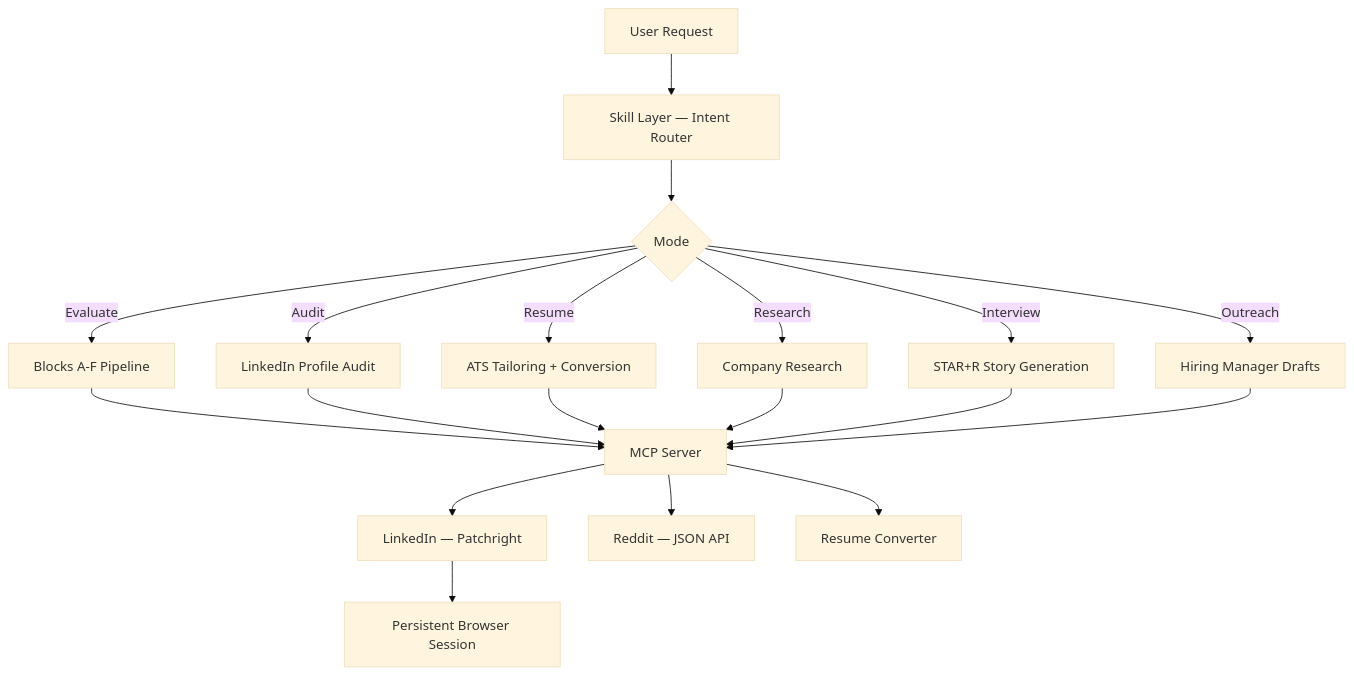
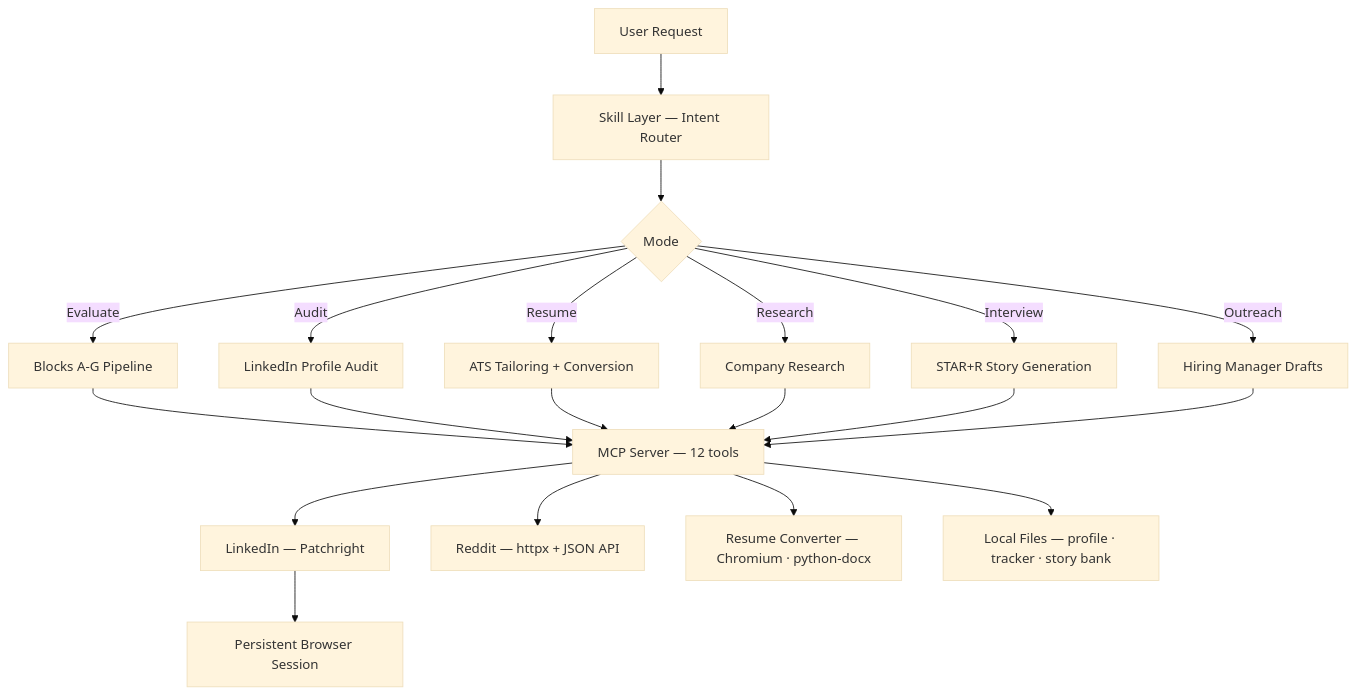
Before and after one commit to Cassxbt/Huntsman: the diagram in README.md, drawn with Mermaid (base theme). The commit also changed other lines of this file, not shown here.

````diff
--- a/README.md
+++ b/README.md
@@ -34,24 +27,17 @@
 ```mermaid
 graph TD
     A[User Request] --> B[Skill Layer — Intent Router]
     B --> C{Mode}
-    C -->|Evaluate| D[Blocks A-F Pipeline]
+    C -->|Evaluate| D[Blocks A-G Pipeline]
     C -->|Audit| E[LinkedIn Profile Audit]
     C -->|Resume| F[ATS Tailoring + Conversion]
     C -->|Research| G[Company Research]
     C -->|Interview| H[STAR+R Story Generation]
     C -->|Outreach| I[Hiring Manager Drafts]
-
-    D --> J[MCP Server]
-    E --> J
-    F --> J
-    G --> J
-    H --> J
-    I --> J
-
+    D & E & F & G & H & I --> J[MCP Server — 12 tools]
     J --> K[LinkedIn — Patchright]
-    J --> L[Reddit — JSON API]
-    J --> M[Resume Converter]
-
-    K --> N[Persistent Browser Session]
+    J --> L[Reddit — httpx + JSON API]
+    J --> M[Resume Converter — Chromium · python-docx]
+    J --> N[Local Files — profile · tracker · story bank]
+    K --> O[Persistent Browser Session]
 ```
````
